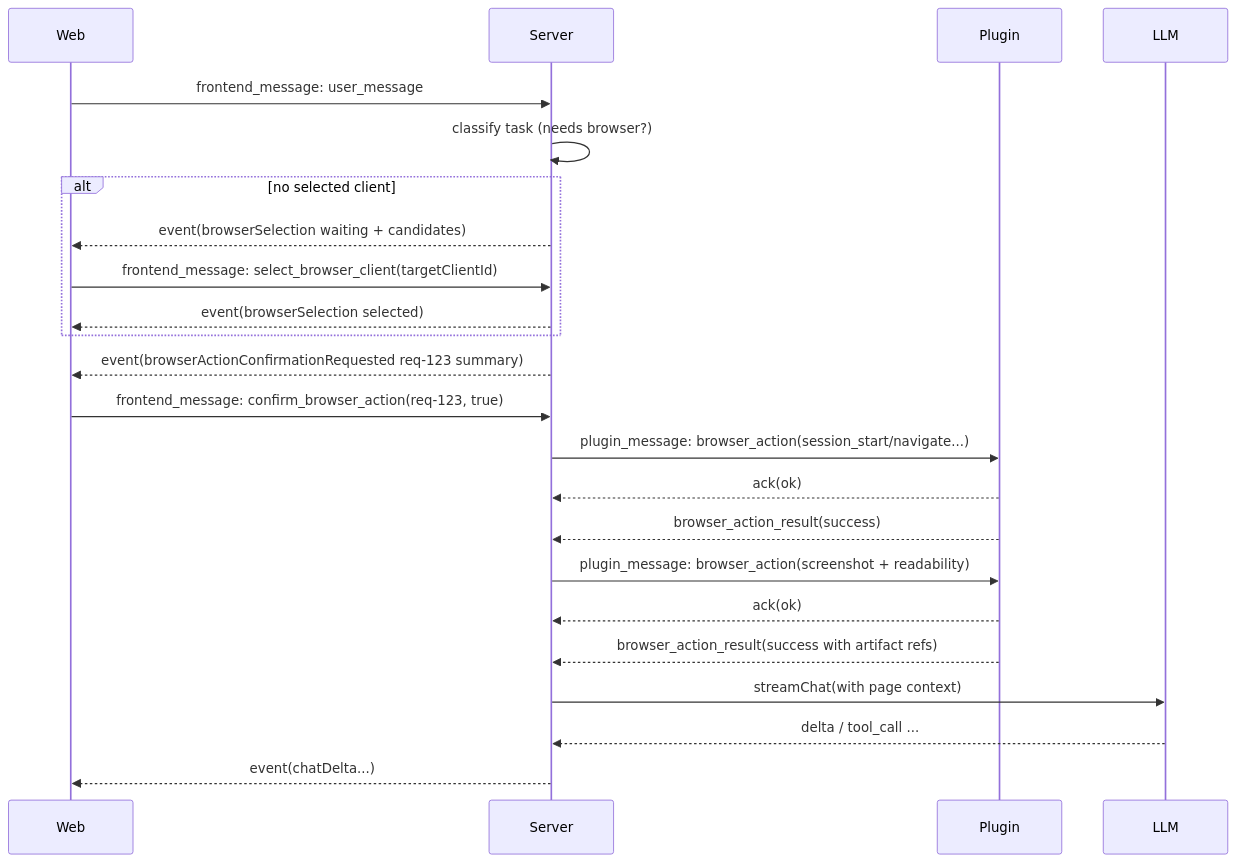
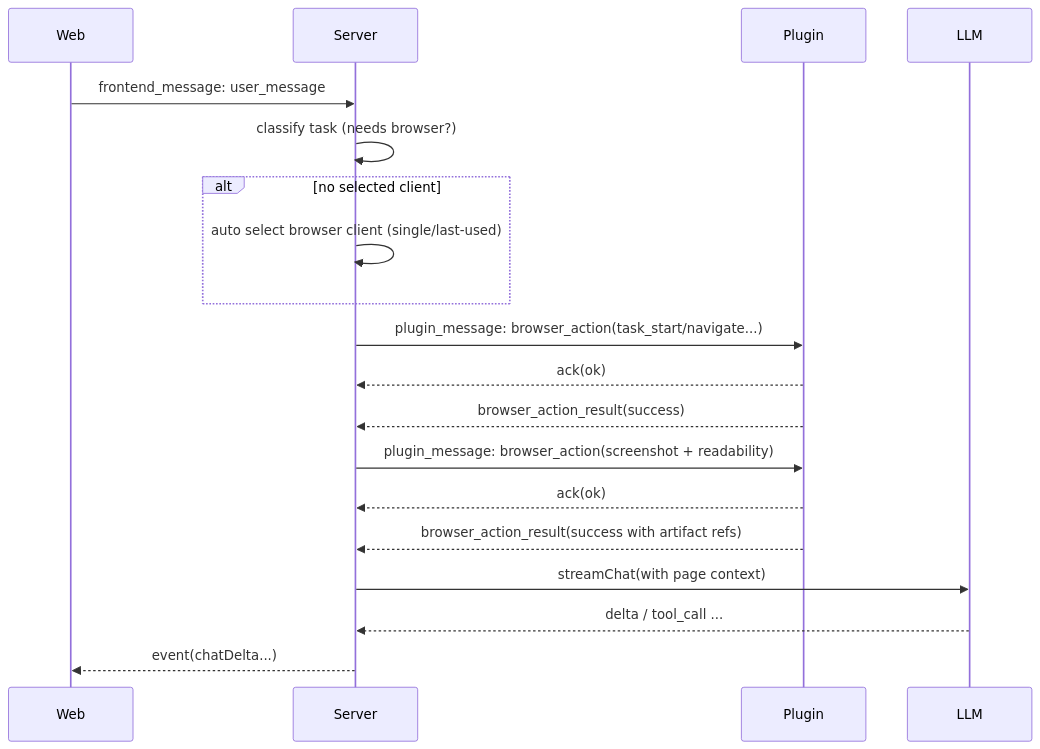
Before and after one commit to originpointer/mimo: the second of 2 diagrams in turbo/docs/system-design/agent-runtime.md, drawn with Mermaid. The commit also changed other lines of this file and 157 other files, not shown here.

````diff
--- a/turbo/docs/system-design/agent-runtime.md
+++ b/turbo/docs/system-design/agent-runtime.md
@@ -97,30 +123,25 @@
 ```mermaid
 sequenceDiagram
   participant W as Web
   participant S as Server
   participant P as Plugin
   participant L as LLM
 
   W->>S: frontend_message: user_message
   S->>S: classify task (needs browser?)
   alt no selected client
-    S-->>W: event(browserSelection waiting + candidates)
-    W->>S: frontend_message: select_browser_client(targetClientId)
-    S-->>W: event(browserSelection selected)
+    S->>S: auto select browser client (single/last-used)
   end
 
-  S-->>W: event(browserActionConfirmationRequested req-123 summary)
-  W->>S: frontend_message: confirm_browser_action(req-123, true)
-
-  S->>P: plugin_message: browser_action(session_start/navigate...)
+  S->>P: plugin_message: browser_action(task_start/navigate...)
   P-->>S: ack(ok)
   P-->>S: browser_action_result(success)
 
   S->>P: plugin_message: browser_action(screenshot + readability)
   P-->>S: ack(ok)
   P-->>S: browser_action_result(success with artifact refs)
 
   S->>L: streamChat(with page context)
   L-->>S: delta / tool_call ...
   S-->>W: event(chatDelta...)
 ```
````
